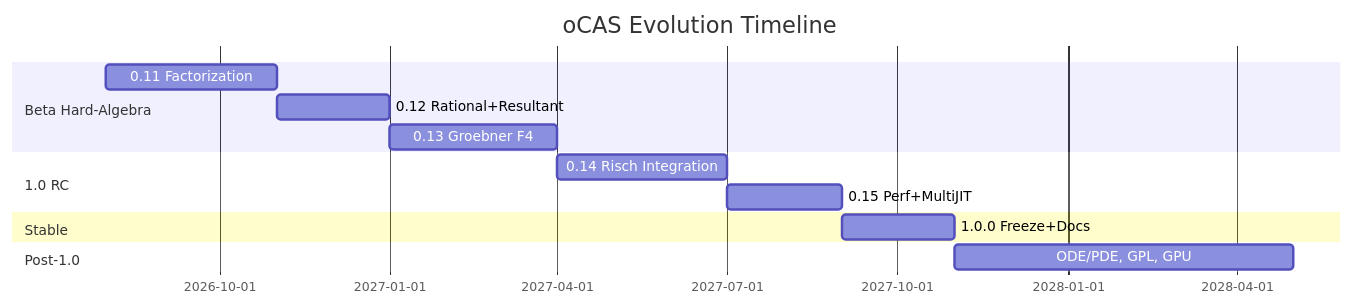
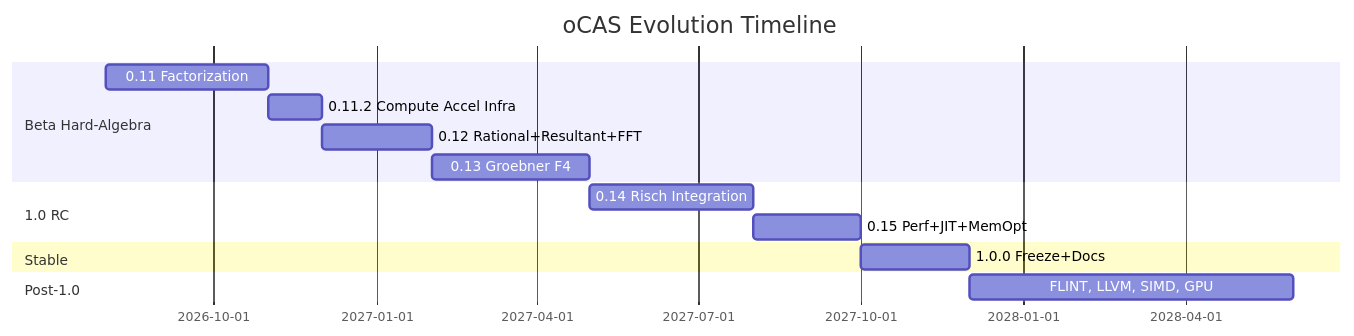
Before and after one commit to Charleshzh/oCAS: the diagram in docs/planning/EVOLUTION_PLAN_EN.md, drawn with Mermaid. The commit also changed other lines of this file and 1 other file, not shown here.

````diff
--- a/docs/planning/EVOLUTION_PLAN_EN.md
+++ b/docs/planning/EVOLUTION_PLAN_EN.md
@@ -34,16 +34,17 @@
 ```mermaid
 gantt
     title oCAS Evolution Timeline
     dateFormat YYYY-MM
     section Beta Hard-Algebra
     0.11 Factorization        :b11, 2026-08, 3M
-    0.12 Rational+Resultant   :b12, after b11, 2M
+    0.11.2 Compute Accel Infra :b112, after b11, 1M
+    0.12 Rational+Resultant+FFT :b12, after b112, 2M
     0.13 Groebner F4          :b13, after b12, 3M
     section 1.0 RC
     0.14 Risch Integration    :r14, after b13, 3M
-    0.15 Perf+MultiJIT        :r15, after r14, 2M
+    0.15 Perf+JIT+MemOpt      :r15, after r14, 2M
     section Stable
     1.0.0 Freeze+Docs         :s10, after r15, 2M
     section Post-1.0
-    ODE/PDE, GPL, GPU         :p1, after s10, 6M
+    FLINT, LLVM, SIMD, GPU    :p1, after s10, 6M
 ```
````
